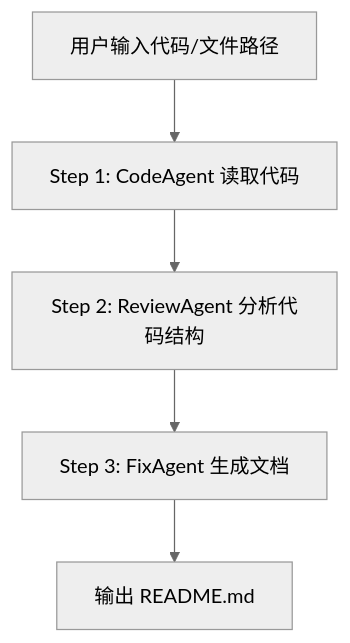
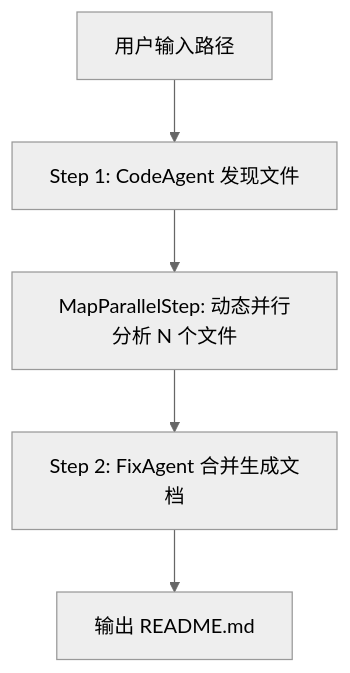
Before and after one commit to whwu-yuwan/se2026-homework2-agent-workflow: the fourth of 10 diagrams in Design.md, drawn with Mermaid (neutral theme). The commit also changed other lines of this file and 8 other files, not shown here.

````diff
--- a/Design.md
+++ b/Design.md
@@ -102,7 +102,7 @@
 ```mermaid
 flowchart TD
-    A["用户输入代码/文件路径"] --> B["Step 1: CodeAgent 读取代码"]
-    B --> C["Step 2: ReviewAgent 分析代码结构"]
-    C --> D["Step 3: FixAgent 生成文档"]
+    A["用户输入路径"] --> B["Step 1: CodeAgent 发现文件"]
+    B --> C["MapParallelStep: 动态并行分析 N 个文件"]
+    C --> D["Step 2: FixAgent 合并生成文档"]
     D --> E["输出 README.md"]
 ```
````
